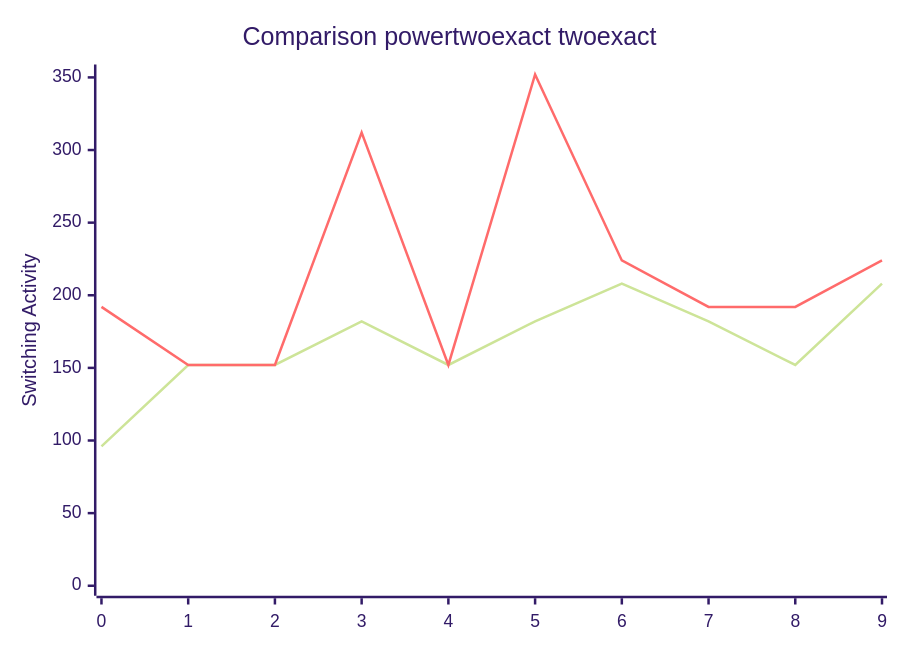
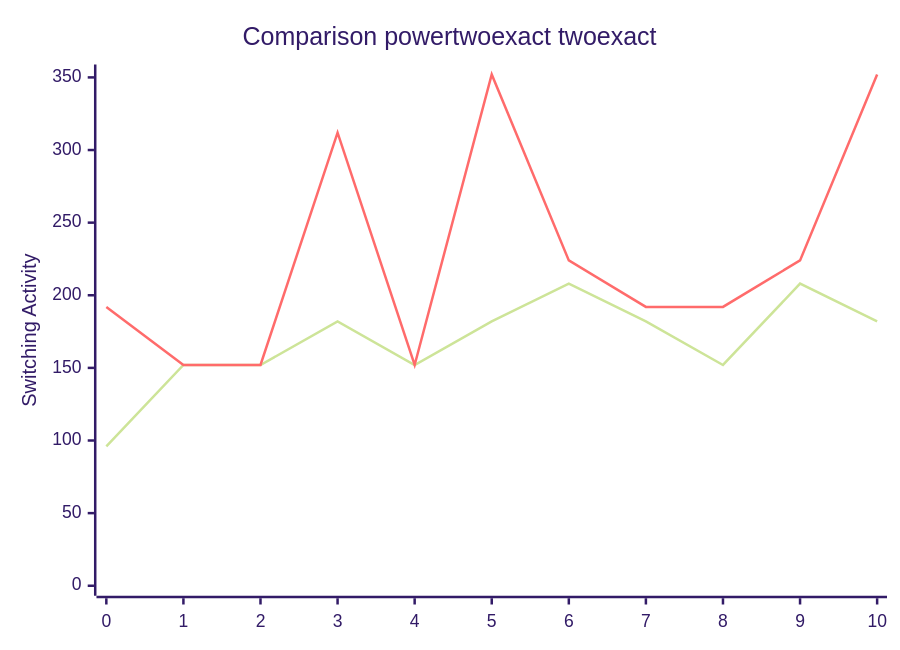
One commit to FeldmeierMichael/Exact-Power-Synthesis changed the diagram in benchmark.md. Above: the diagram before and after it, drawn with Mermaid (forest theme). The commit also changed other lines of this file and 2 other files, not shown here.

````diff
--- a/benchmark.md
+++ b/benchmark.md
@@ -31,8 +33,8 @@
 ```mermaid
 xychart-beta
     title "Comparison powertwoexact twoexact"
-    x-axis [0, 1, 2, 3, 4, 5, 6, 7, 8, 9]
+    x-axis [0, 1, 2, 3, 4, 5, 6, 7, 8, 9, 10]
     y-axis "Switching Activity" 0-->352
-    line [96, 152, 152, 182, 152, 182, 208, 182, 152, 208]
-    line [192, 152, 152, 312, 152, 352, 224, 192, 192, 224]
+    line [96, 152, 152, 182, 152, 182, 208, 182, 152, 208, 182]
+    line [192, 152, 152, 312, 152, 352, 224, 192, 192, 224, 352]
 ```
````
